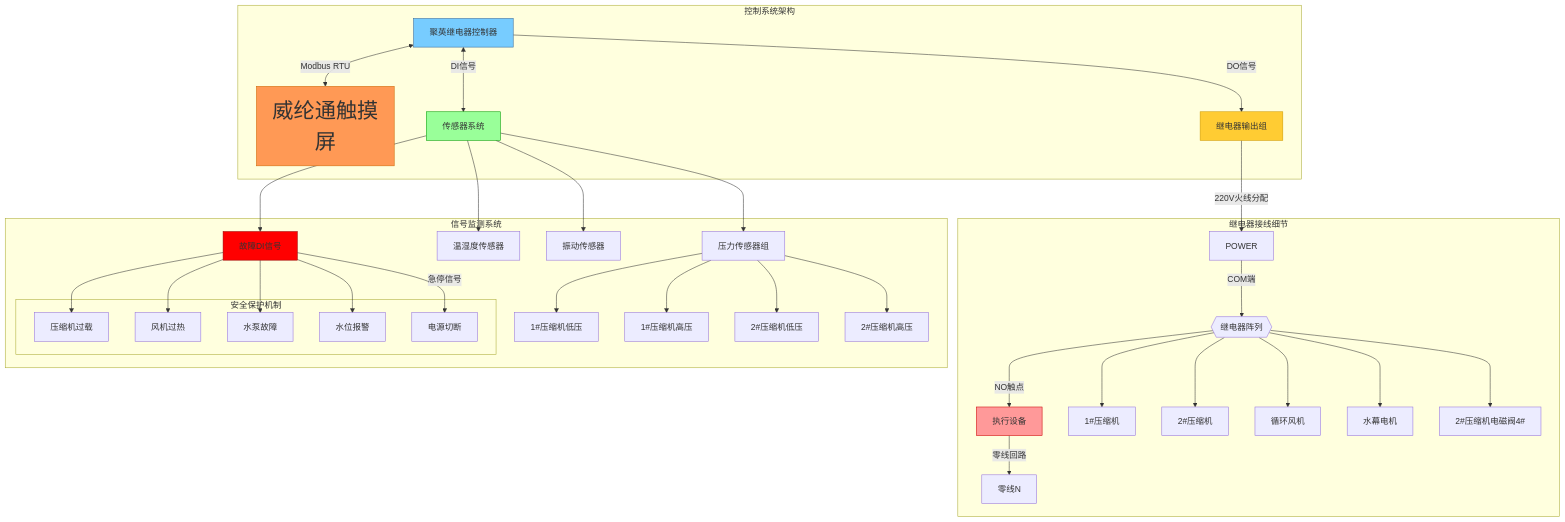
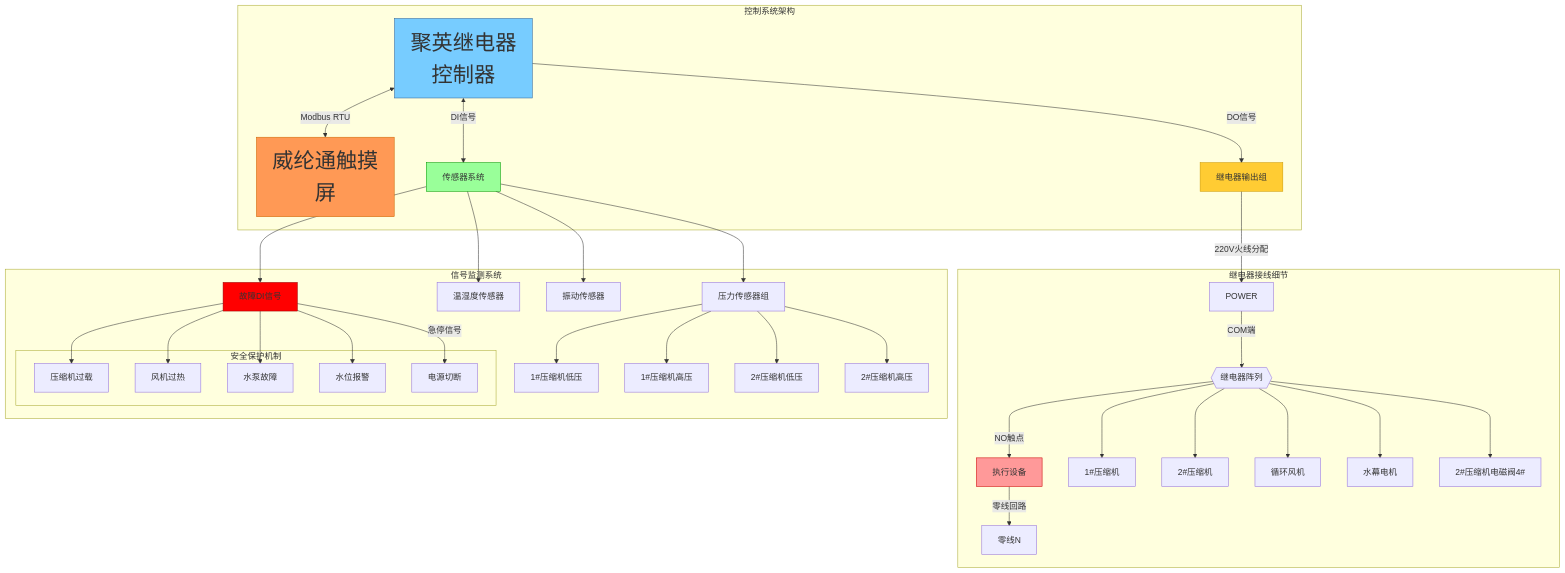
Before and after one commit to zhangqianjia/iodraw-files: the diagram in all/未命名-1.md, drawn with Mermaid.

Commit message:
2025-03-31 10:28:02 update

````diff
--- a/all/未命名-1.md
+++ b/all/未命名-1.md
@@ -1,60 +1,60 @@
 ```mermaid
 flowchart TD
  subgraph s1["控制系统架构"]
         HMI["威纶通触摸屏"]
         C["聚英继电器控制器"]
         SENSOR["传感器系统"]
         RELAY["继电器输出组"]
   end
  subgraph s2["继电器接线细节"]
         POWER["POWER"]
         RLY{{"继电器阵列"}}
         DEVICE["执行设备"]
         NEUTRAL["零线N"]
         RLY1["1#压缩机"]
         RLY2["2#压缩机"]
         RLY3["循环风机"]
         RLY4["水幕电机"]
         RLY14["2#压缩机电磁阀4#"]
   end
  subgraph s3["信号监测系统"]
         PRESSURE["压力传感器组"]
         THERMO["温湿度传感器"]
         VIBRATION["振动传感器"]
         ALARM["故障DI信号"]
         P1["1#压缩机低压"]
         P2["1#压缩机高压"]
         P3["2#压缩机低压"]
         P4["2#压缩机高压"]
          subgraph s4["安全保护机制"]
         F1["压缩机过载"]
         F2["风机过热"]
         F3["水泵故障"]
         F4["水位报警"]
         CUTOFF["电源切断"]
   end
 
   end
     C <-- Modbus RTU --> HMI
     C <-- DI信号 --> SENSOR
     C -- DO信号 --> RELAY
     RELAY -- 220V火线分配 --> POWER
     POWER -- COM端 --> RLY
     RLY -- NO触点 --> DEVICE
     DEVICE -- 零线回路 --> NEUTRAL
     RLY --> RLY1 & RLY2 & RLY3 & RLY4 & RLY14
     SENSOR --> PRESSURE & THERMO & VIBRATION & ALARM
     PRESSURE --> P1 & P2 & P3 & P4
     ALARM --> F1 & F2 & F3 & F4
     ALARM -- 急停信号 --> CUTOFF
      style HMI fill:#F95,stroke:#C60,font-size:40px
-    style HMI fill:#F95,stroke:#C60
-    style C fill:#7CF,stroke:#369
+    style HMI fill:#F95,stroke:#C60,font-size:40px
+    style C fill:#7CF,stroke:#369,font-size:40px
     style SENSOR fill:#9F9,stroke:#090
     style RELAY fill:#FC3,stroke:#C90
     style DEVICE fill:#F99,stroke:#C00
     style ALARM fill:#F00,stroke:#900
 
 
 
 ```
````
